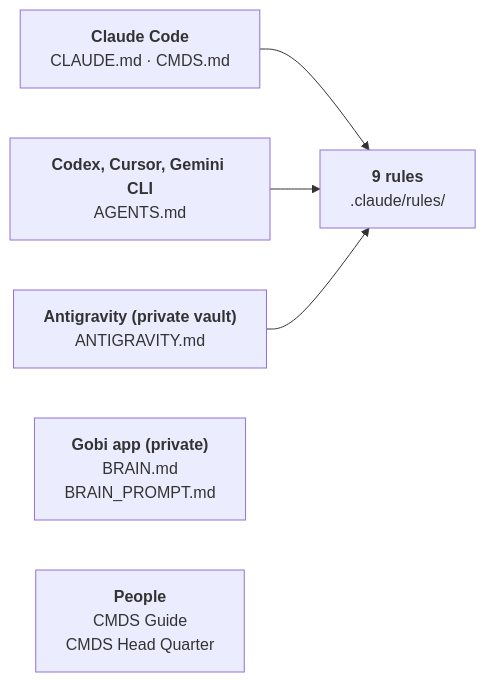
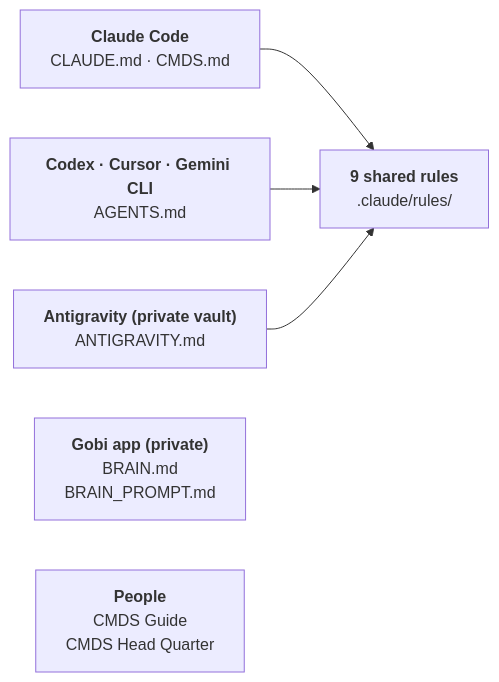
One commit to johnfkoo951/cmds-system-files changed the diagram in diagrams/src/load-swimlane-en.md. Above: the diagram before and after it, drawn with Mermaid. The commit also changed other lines of this file and 20 other files, not shown here.

Commit message:
site: diagrams after reviewer pass (tighter labels, one-sentence captions, who-reads-what as flowchart) + copy refresh

````diff
--- a/diagrams/src/load-swimlane-en.md
+++ b/diagrams/src/load-swimlane-en.md
@@ -1,24 +1,24 @@
 ```mermaid
 flowchart LR
 %% @name: load-swimlane-en
-%% @alt: Five readers, each with its own files. Claude Code reads CLAUDE.md and CMDS.md. Codex, Cursor and Gemini CLI read AGENTS.md. Antigravity, inside the private vault, reads ANTIGRAVITY.md. The Gobi app reads BRAIN.md and BRAIN_PROMPT.md. People read CMDS Guide and CMDS Head Quarter. Only the 9 rules are shared, by the first three.
+%% @alt: Five readers, each with its own files. Claude Code reads CLAUDE.md and CMDS.md. Codex, Cursor and Gemini CLI read AGENTS.md. Antigravity, inside the private vault, reads ANTIGRAVITY.md. The Gobi app reads BRAIN.md and BRAIN_PROMPT.md. People read CMDS Guide and CMDS Head Quarter. Only the nine shared rules are common to the first three.
 %% @key: claude, agents
 %% @aux: anti, brain
   claude["`**Claude Code**
 CLAUDE.md · CMDS.md`"]
-  agents["`**Codex, Cursor, Gemini CLI**
+  agents["`**Codex · Cursor · Gemini CLI**
 AGENTS.md`"]
   anti["`**Antigravity (private vault)**
 ANTIGRAVITY.md`"]
   brain["`**Gobi app (private)**
 BRAIN.md
 BRAIN_PROMPT.md`"]
   people["`**People**
 CMDS Guide
 CMDS Head Quarter`"]
-  rules["`**9 rules**
+  rules["`**9 shared rules**
 .claude/rules/`"]
   claude --> rules
   agents --> rules
   anti --> rules
 ```
````
